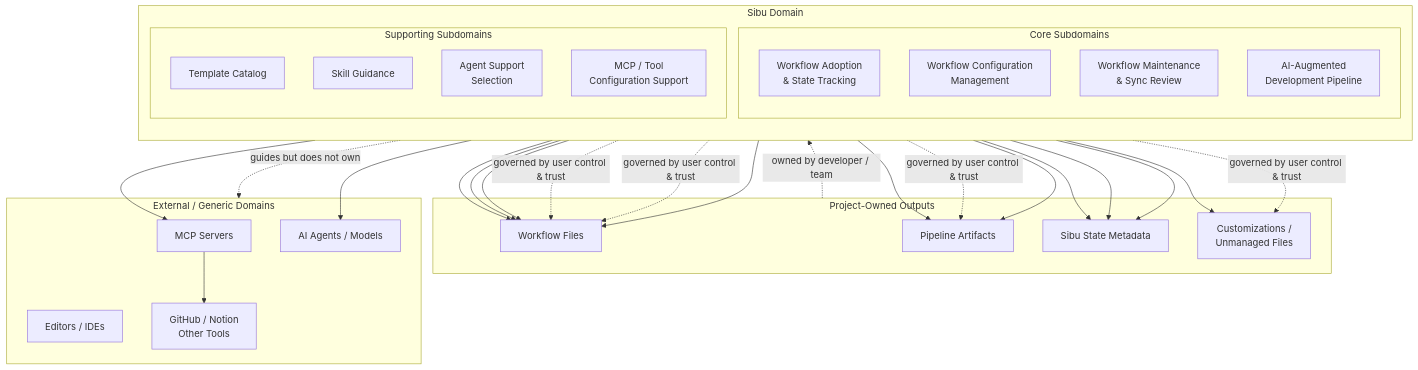
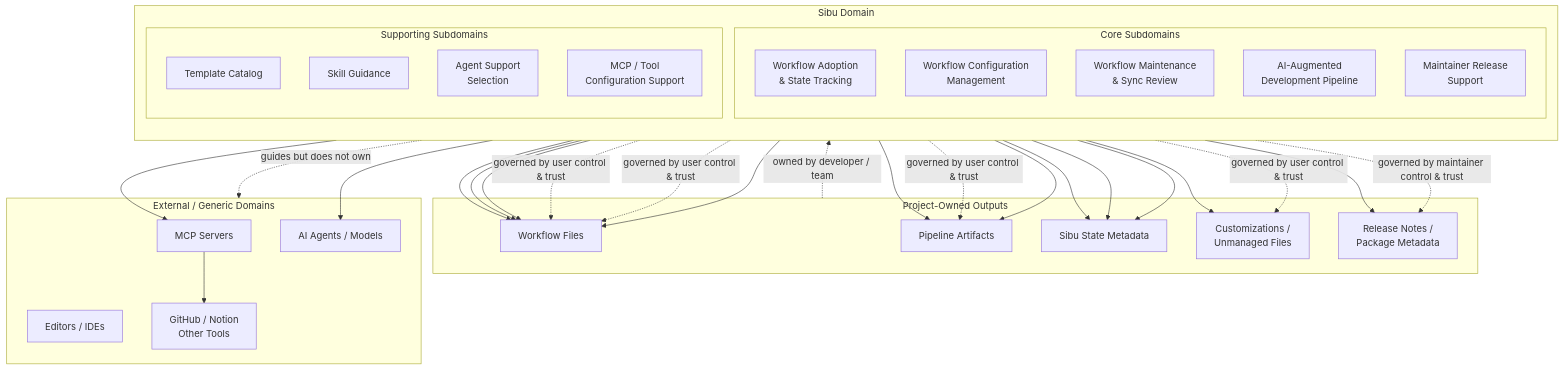
One commit to juank11memphis/ai-augmented-workflow changed the diagram in docs/business-domain-model.md. Above: the diagram before and after it, drawn with Mermaid. The commit also changed other lines of this file and 21 other files, not shown here.

````diff
--- a/docs/business-domain-model.md
+++ b/docs/business-domain-model.md
@@ -111,64 +112,70 @@
 ```mermaid
 flowchart TB
   subgraph SibuDomain["Sibu Domain"]
     direction TB
 
     subgraph Core["Core Subdomains"]
       Adoption["Workflow Adoption
 & State Tracking"]
       Configuration["Workflow Configuration
 Management"]
       Maintenance["Workflow Maintenance
 & Sync Review"]
       Pipeline["AI-Augmented
 Development Pipeline"]
+      ReleaseSupport["Maintainer Release
+Support"]
     end
 
     subgraph Supporting["Supporting Subdomains"]
       Templates["Template Catalog"]
       Skills["Skill Guidance"]
       AgentSupport["Agent Support
 Selection"]
       McpConfig["MCP / Tool
 Configuration Support"]
     end
   end
 
   subgraph ProjectOwned["Project-Owned Outputs"]
     WorkflowFiles["Workflow Files"]
     Artifacts["Pipeline Artifacts"]
     State["Sibu State Metadata"]
     LocalChoices["Customizations /
 Unmanaged Files"]
+    ReleaseArtifacts["Release Notes /
+Package Metadata"]
   end
 
   subgraph External["External / Generic Domains"]
     McpServers["MCP Servers"]
     AiAgents["AI Agents / Models"]
     Editors["Editors / IDEs"]
     Tools["GitHub / Notion
 Other Tools"]
   end
 
   Adoption --> State
   Adoption --> WorkflowFiles
   Configuration --> WorkflowFiles
   Configuration --> State
   Maintenance --> WorkflowFiles
   Maintenance --> State
   Maintenance --> LocalChoices
   Pipeline --> Artifacts
+  ReleaseSupport --> ReleaseArtifacts
   Adoption -. governed by user control & trust .-> WorkflowFiles
   Configuration -. governed by user control & trust .-> WorkflowFiles
   Maintenance -. governed by user control & trust .-> LocalChoices
   Pipeline -. governed by user control & trust .-> Artifacts
+  ReleaseSupport -. governed by maintainer control & trust .-> ReleaseArtifacts
 
   Templates --> WorkflowFiles
   Skills --> Artifacts
   AgentSupport --> AiAgents
   McpConfig --> McpServers
   McpServers --> Tools
 
   SibuDomain -. guides but does not own .-> External
   ProjectOwned -. owned by developer / team .-> SibuDomain
 ```
````
